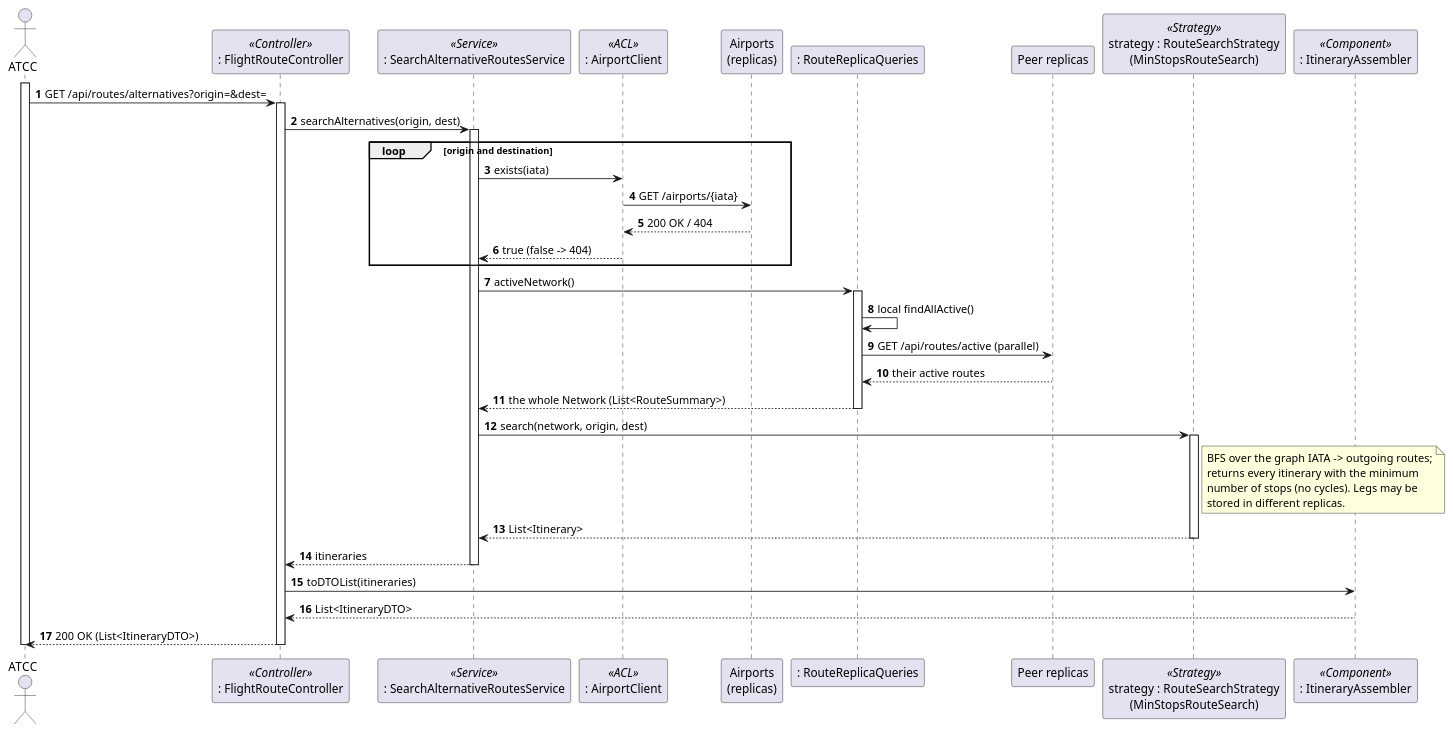
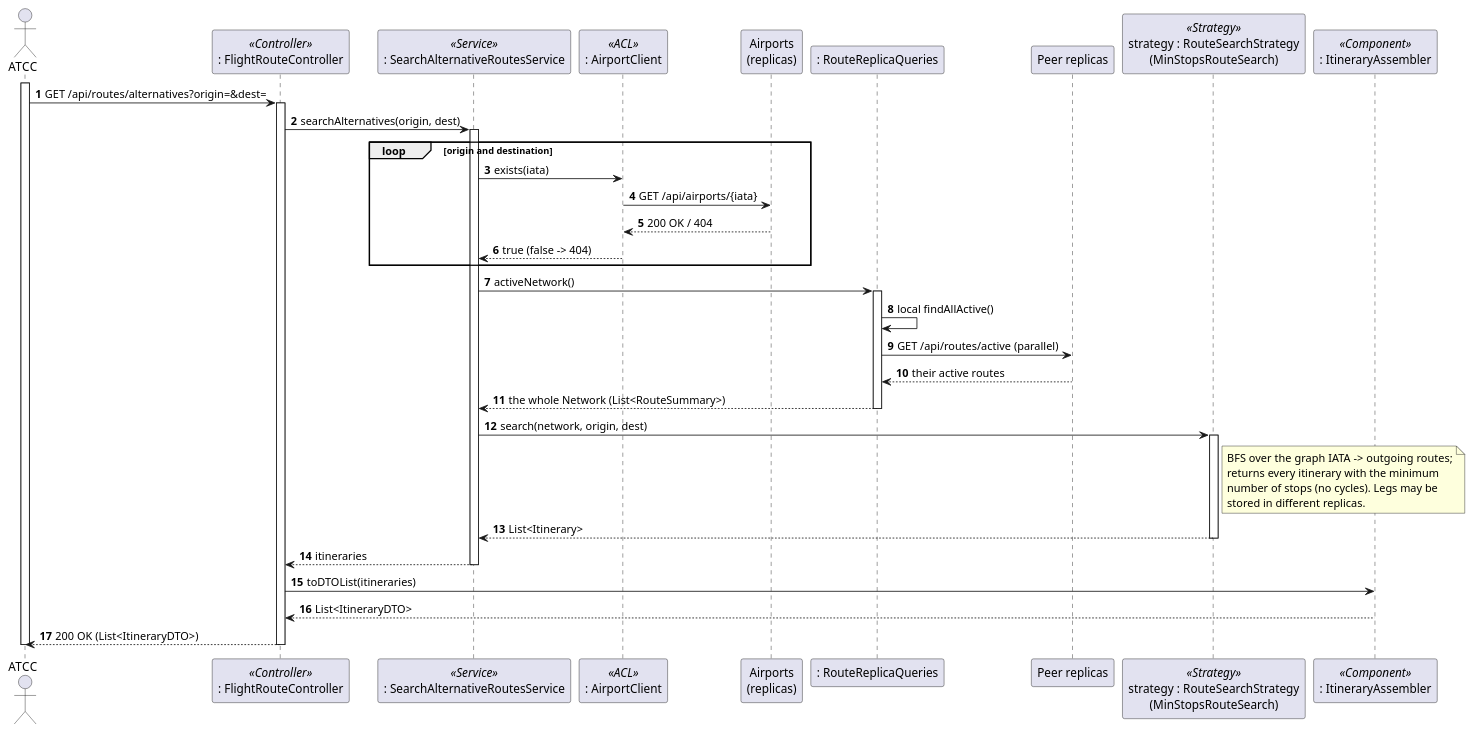
The diagram in docs/5-scenarios/flightroutes/puml/FlightRoutes-SD-AlternativeRoutes.puml (caetanotiago/Project_SIDIS), drawn with PlantUML before and after one commit. The commit also changed 14 other files, not shown here.

First line of the commit message:
Uniformizar os endereços da API do Airports com o prefixo /api

```diff
--- a/docs/5-scenarios/flightroutes/puml/FlightRoutes-SD-AlternativeRoutes.puml
+++ b/docs/5-scenarios/flightroutes/puml/FlightRoutes-SD-AlternativeRoutes.puml
@@ -1,53 +1,53 @@
 @startuml FlightRoutes-SD-AlternativeRoutes
 autonumber
 actor "ATCC" as ATCC
 
 participant ": FlightRouteController" as Ctrl <<Controller>>
 participant ": SearchAlternativeRoutesService" as Service <<Service>>
 participant ": AirportClient" as ApClient <<ACL>>
 participant "Airports\n(replicas)" as AP
 participant ": RouteReplicaQueries" as Routes
 participant "Peer replicas" as Peers
 participant "strategy : RouteSearchStrategy\n(MinStopsRouteSearch)" as Strategy <<Strategy>>
 participant ": ItineraryAssembler" as Assembler <<Component>>
 
 activate ATCC
 ATCC -> Ctrl : GET /api/routes/alternatives?origin=&dest=
 activate Ctrl
 Ctrl -> Service : searchAlternatives(origin, dest)
 activate Service
 
 loop origin and destination
     Service -> ApClient : exists(iata)
-    ApClient -> AP : GET /airports/{iata}
+    ApClient -> AP : GET /api/airports/{iata}
     AP --> ApClient : 200 OK / 404
     ApClient --> Service : true (false -> 404)
 end
 
 Service -> Routes : activeNetwork()
 activate Routes
 Routes -> Routes : local findAllActive()
 Routes -> Peers : GET /api/routes/active (parallel)
 Peers --> Routes : their active routes
 Routes --> Service : the whole Network (List<RouteSummary>)
 deactivate Routes
 
 Service -> Strategy : search(network, origin, dest)
 activate Strategy
 note right of Strategy
   BFS over the graph IATA -> outgoing routes;
   returns every itinerary with the minimum
   number of stops (no cycles). Legs may be
   stored in different replicas.
 end note
 Strategy --> Service : List<Itinerary>
 deactivate Strategy
 Service --> Ctrl : itineraries
 deactivate Service
 
 Ctrl -> Assembler : toDTOList(itineraries)
 Assembler --> Ctrl : List<ItineraryDTO>
 Ctrl --> ATCC : 200 OK (List<ItineraryDTO>)
 deactivate Ctrl
 deactivate ATCC
 @enduml
```
